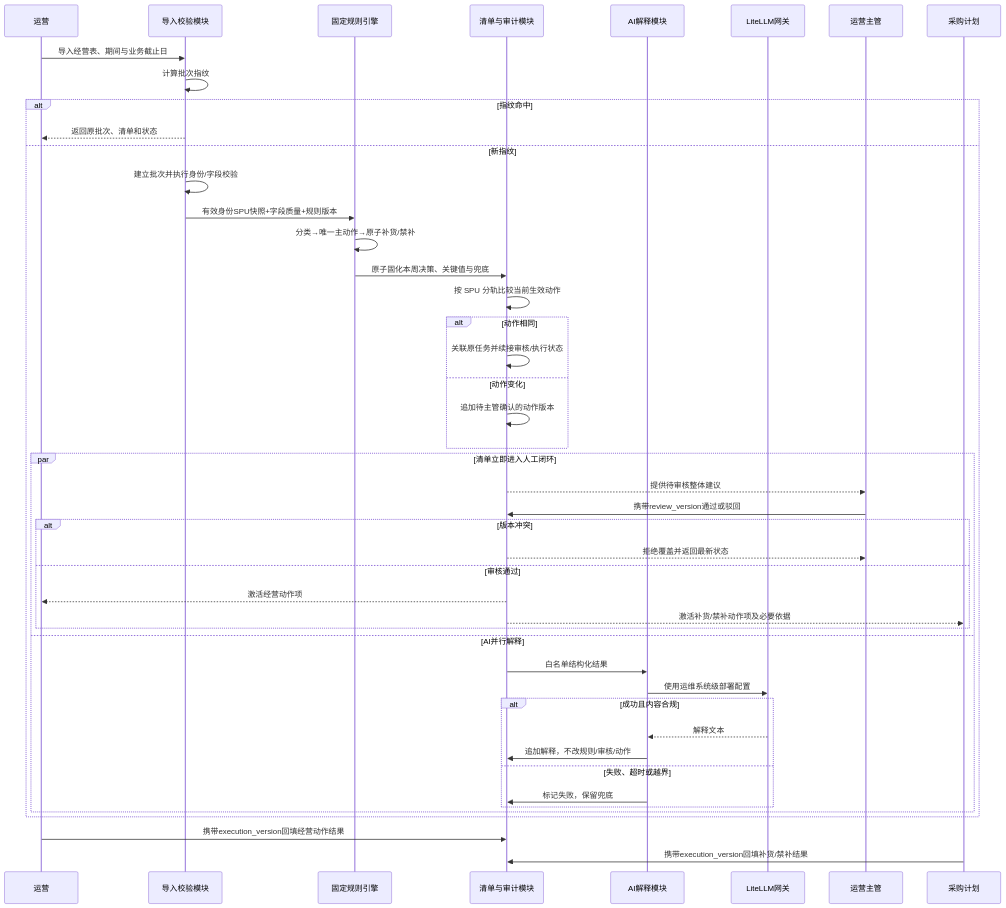
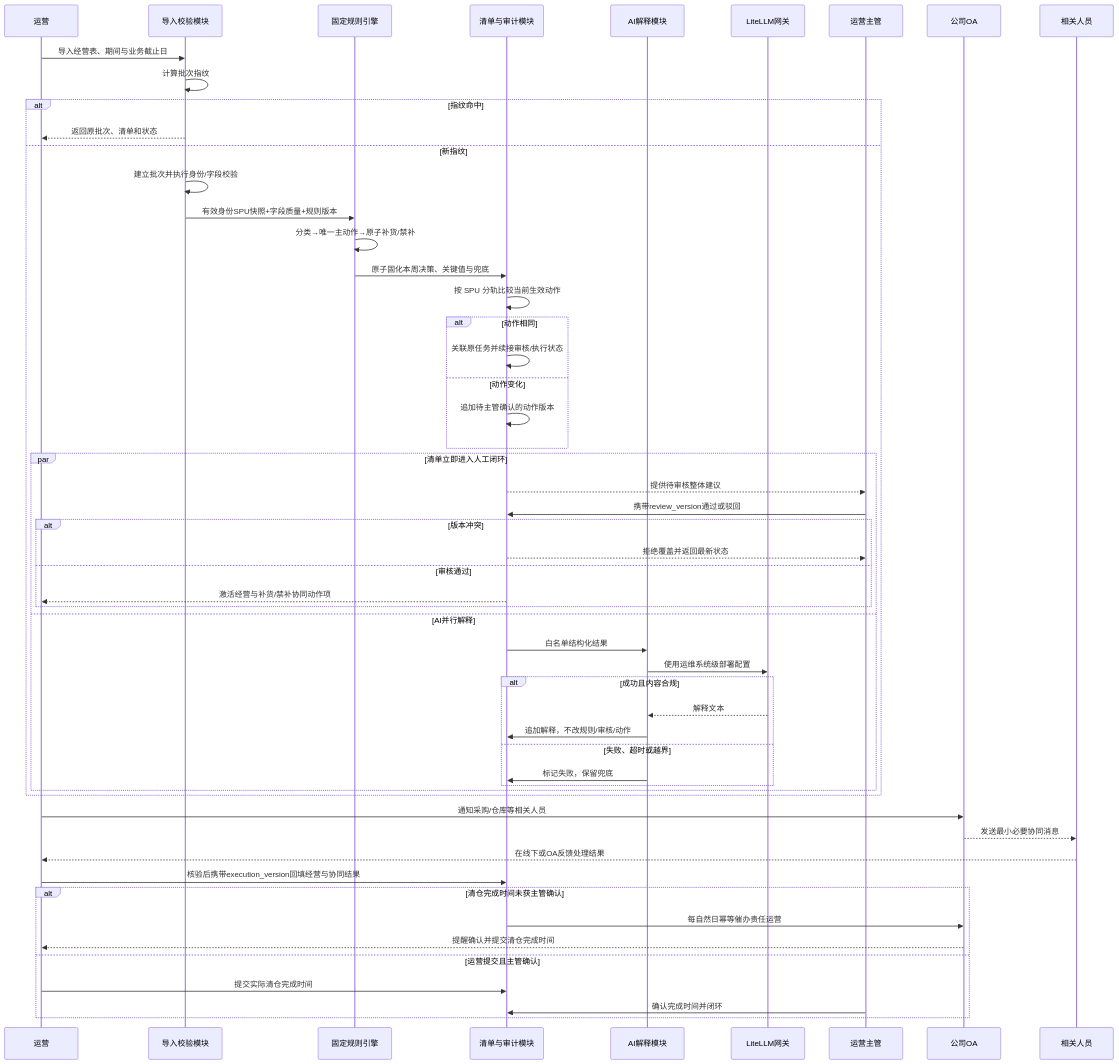
Before and after one commit to johnsonsmilequran/profit-decision-engine: the seventh of 7 diagrams in 趣然AI商品经营利润决策助手/output/PRD详细版.md, drawn with Mermaid. The commit also changed other lines of this file and 31 other files, not shown here.

````diff
--- a/趣然AI商品经营利润决策助手/output/PRD详细版.md
+++ b/趣然AI商品经营利润决策助手/output/PRD详细版.md
@@ -1044,49 +1059,58 @@
 ```mermaid
 sequenceDiagram
     participant OP as 运营
     participant IMP as 导入校验模块
     participant RULE as 固定规则引擎
     participant LIST as 清单与审计模块
     participant AI as AI解释模块
     participant GW as LiteLLM网关
     participant MGR as 运营主管
-    participant BUY as 采购计划
+    participant OA as 公司OA
+    participant EXT as 相关人员
 
     OP->>IMP: 导入经营表、期间与业务截止日
     IMP->>IMP: 计算批次指纹
     alt 指纹命中
         IMP-->>OP: 返回原批次、清单和状态
     else 新指纹
         IMP->>IMP: 建立批次并执行身份/字段校验
         IMP->>RULE: 有效身份SPU快照+字段质量+规则版本
         RULE->>RULE: 分类→唯一主动作→原子补货/禁补
         RULE->>LIST: 原子固化本周决策、关键值与兜底
         LIST->>LIST: 按 SPU 分轨比较当前生效动作
         alt 动作相同
             LIST->>LIST: 关联原任务并续接审核/执行状态
         else 动作变化
             LIST->>LIST: 追加待主管确认的动作版本
         end
         par 清单立即进入人工闭环
             LIST-->>MGR: 提供待审核整体建议
             MGR->>LIST: 携带review_version通过或驳回
             alt 版本冲突
                 LIST-->>MGR: 拒绝覆盖并返回最新状态
             else 审核通过
-                LIST-->>OP: 激活经营动作项
-                LIST-->>BUY: 激活补货/禁补动作项及必要依据
+                LIST-->>OP: 激活经营与补货/禁补协同动作项
             end
         and AI并行解释
             LIST->>AI: 白名单结构化结果
             AI->>GW: 使用运维系统级部署配置
             alt 成功且内容合规
                 GW-->>AI: 解释文本
                 AI->>LIST: 追加解释，不改规则/审核/动作
             else 失败、超时或越界
                 AI->>LIST: 标记失败，保留兜底
             end
         end
     end
-    OP->>LIST: 携带execution_version回填经营动作结果
-    BUY->>LIST: 携带execution_version回填补货/禁补结果
+    OP->>OA: 通知采购/仓库等相关人员
+    OA-->>EXT: 发送最小必要协同消息
+    EXT-->>OP: 在线下或OA反馈处理结果
+    OP->>LIST: 核验后携带execution_version回填经营与协同结果
+    alt 清仓完成时间未获主管确认
+        LIST->>OA: 每自然日幂等催办责任运营
+        OA-->>OP: 提醒确认并提交清仓完成时间
+    else 运营提交且主管确认
+        OP->>LIST: 提交实际清仓完成时间
+        MGR->>LIST: 确认完成时间并闭环
+    end
 ```
````
